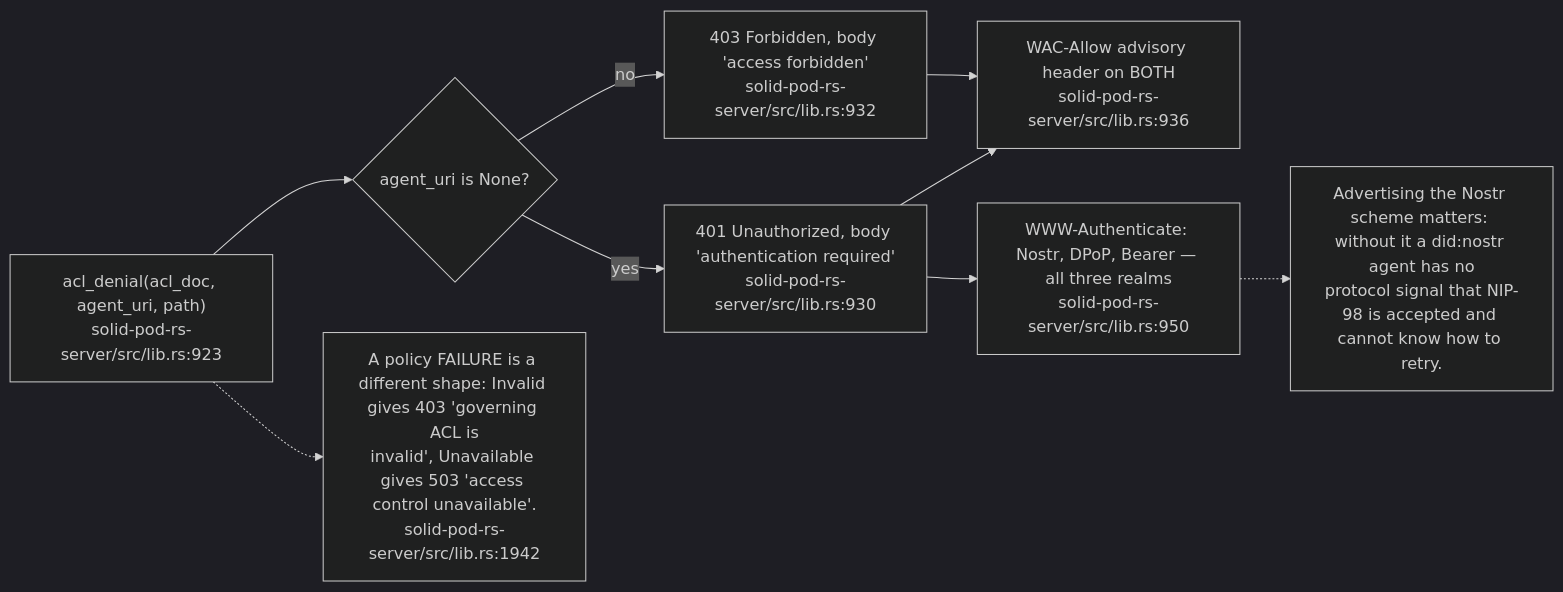
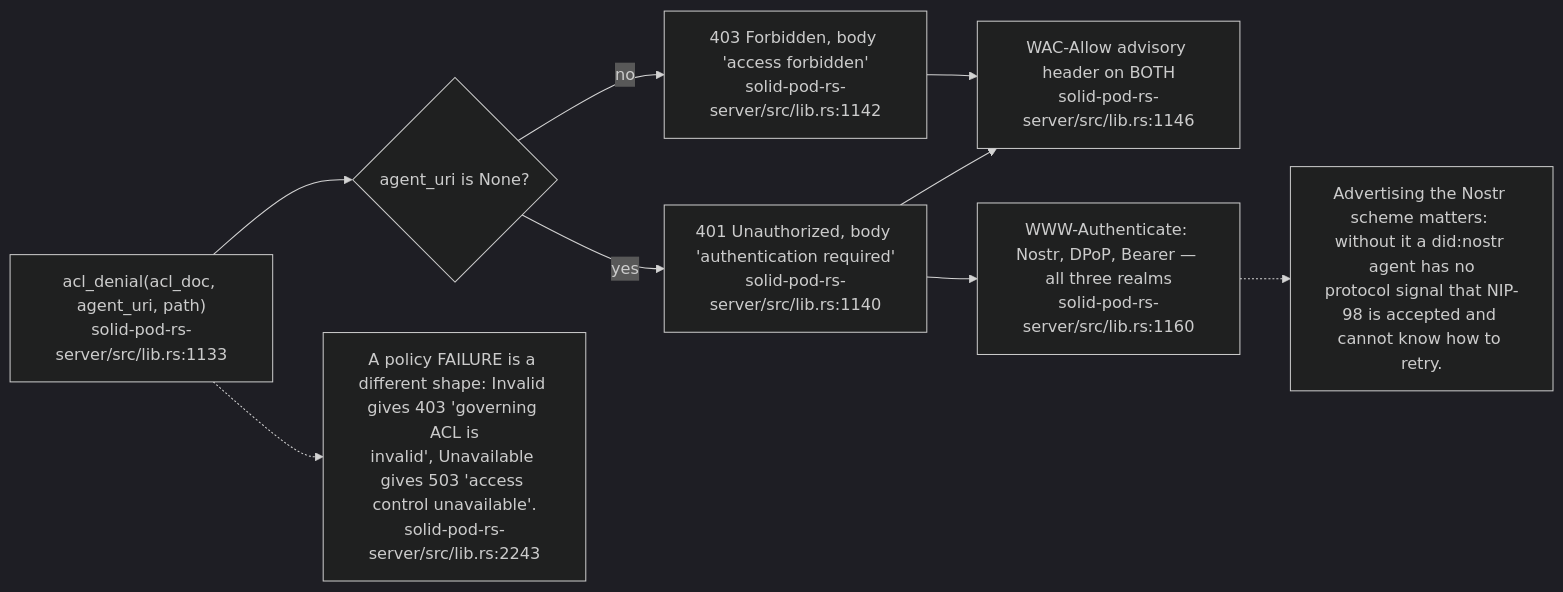
One commit to DreamLab-AI/VisionFlow changed diagram 12 of 13 in docs/diagrams/solid-pod-rs/04-wac-authorisation.md. Above: the diagram before and after it, drawn with Mermaid (dark theme). The commit also changed other lines of this file and 160 other files, not shown here.

````diff
--- a/docs/diagrams/solid-pod-rs/04-wac-authorisation.md
+++ b/docs/diagrams/solid-pod-rs/04-wac-authorisation.md
@@ -351,19 +359,19 @@
 ```mermaid
 flowchart LR
-    IN["acl_denial(acl_doc, agent_uri, path)<br/>solid-pod-rs-server/src/lib.rs:923"]
+    IN["acl_denial(acl_doc, agent_uri, path)<br/>solid-pod-rs-server/src/lib.rs:1133"]
     ANON{"agent_uri is None?"}
-    U401["401 Unauthorized, body 'authentication required'<br/>solid-pod-rs-server/src/lib.rs:930"]
-    F403["403 Forbidden, body 'access forbidden'<br/>solid-pod-rs-server/src/lib.rs:932"]
-    WA["WAC-Allow advisory header on BOTH<br/>solid-pod-rs-server/src/lib.rs:936"]
-    CH["WWW-Authenticate: Nostr, DPoP, Bearer — all three realms<br/>solid-pod-rs-server/src/lib.rs:950"]
+    U401["401 Unauthorized, body 'authentication required'<br/>solid-pod-rs-server/src/lib.rs:1140"]
+    F403["403 Forbidden, body 'access forbidden'<br/>solid-pod-rs-server/src/lib.rs:1142"]
+    WA["WAC-Allow advisory header on BOTH<br/>solid-pod-rs-server/src/lib.rs:1146"]
+    CH["WWW-Authenticate: Nostr, DPoP, Bearer — all three realms<br/>solid-pod-rs-server/src/lib.rs:1160"]
 
     IN --> ANON
     ANON -- yes --> U401 --> WA
     ANON -- no --> F403 --> WA
     U401 --> CH
 
     N["Advertising the Nostr scheme matters: without it a did:nostr agent has no<br/>protocol signal that NIP-98 is accepted and cannot know how to retry."]
     CH -.-> N
-    N2["A policy FAILURE is a different shape: Invalid gives 403 'governing ACL is<br/>invalid', Unavailable gives 503 'access control unavailable'.<br/>solid-pod-rs-server/src/lib.rs:1942"]
+    N2["A policy FAILURE is a different shape: Invalid gives 403 'governing ACL is<br/>invalid', Unavailable gives 503 'access control unavailable'.<br/>solid-pod-rs-server/src/lib.rs:2243"]
     IN -.-> N2
 ```
````
